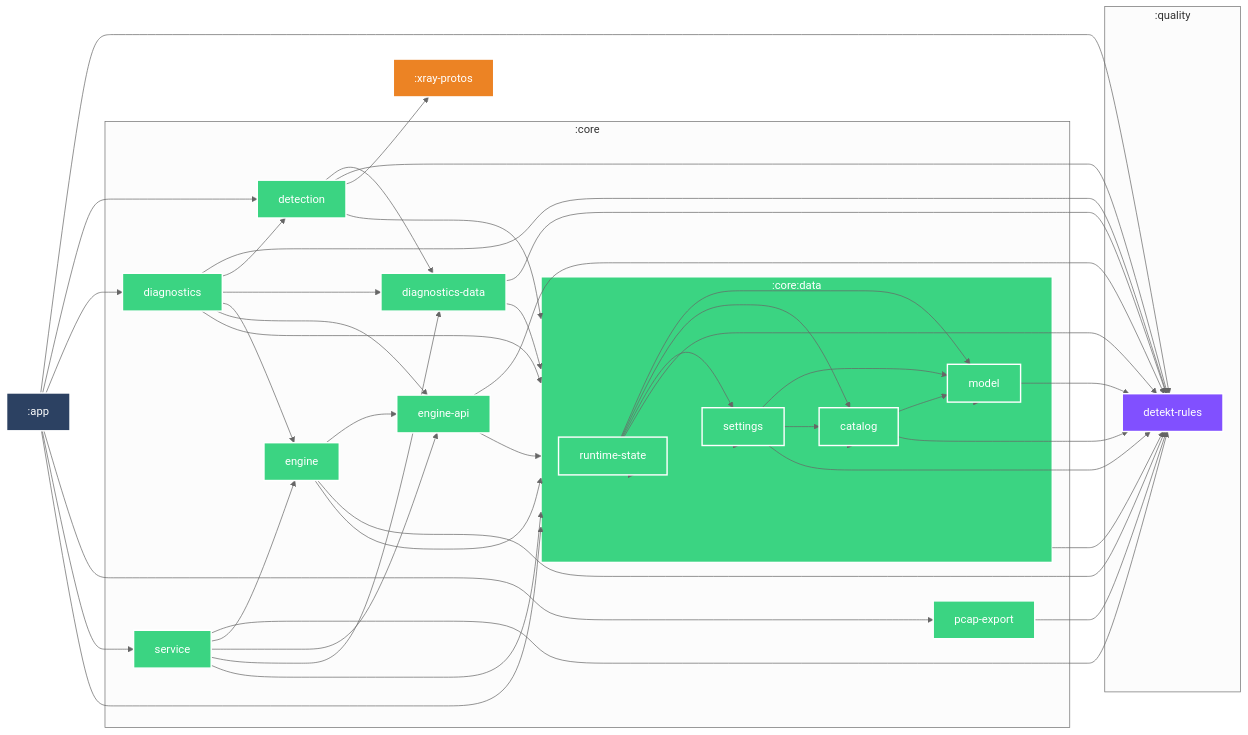
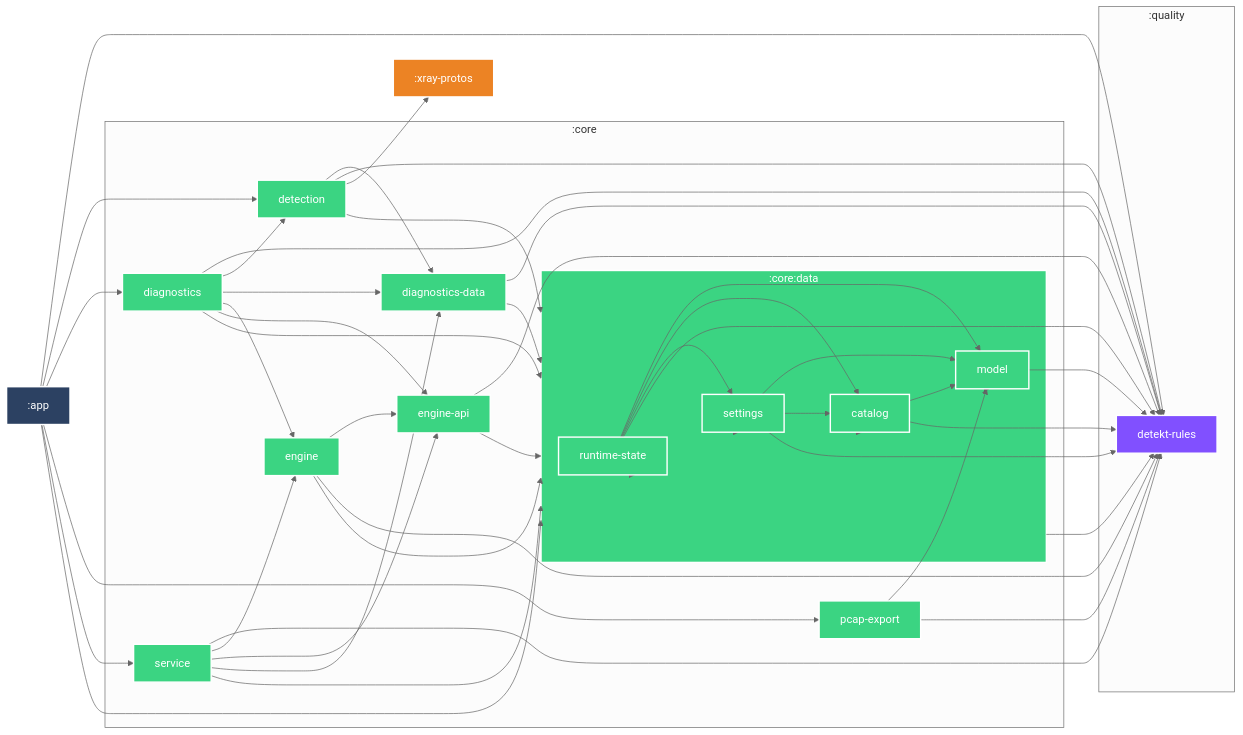
One commit to po4yka/RIPDPI changed the diagram in docs/architecture/MODULE_GRAPH.md. Above: the diagram before and after it, drawn with Mermaid. The commit also changed 79 other files, not shown here.

```diff
--- a/docs/architecture/MODULE_GRAPH.md
+++ b/docs/architecture/MODULE_GRAPH.md
@@ -47,6 +47,7 @@
   :core:engine-api --> :quality:detekt-rules
   :core:engine-api --> :core:data
   :core:pcap-export --> :quality:detekt-rules
+  :core:pcap-export --> :core:data:model
   :core:diagnostics-data --> :quality:detekt-rules
   :core:diagnostics-data --> :core:data
   :app --> :quality:detekt-rules
```
